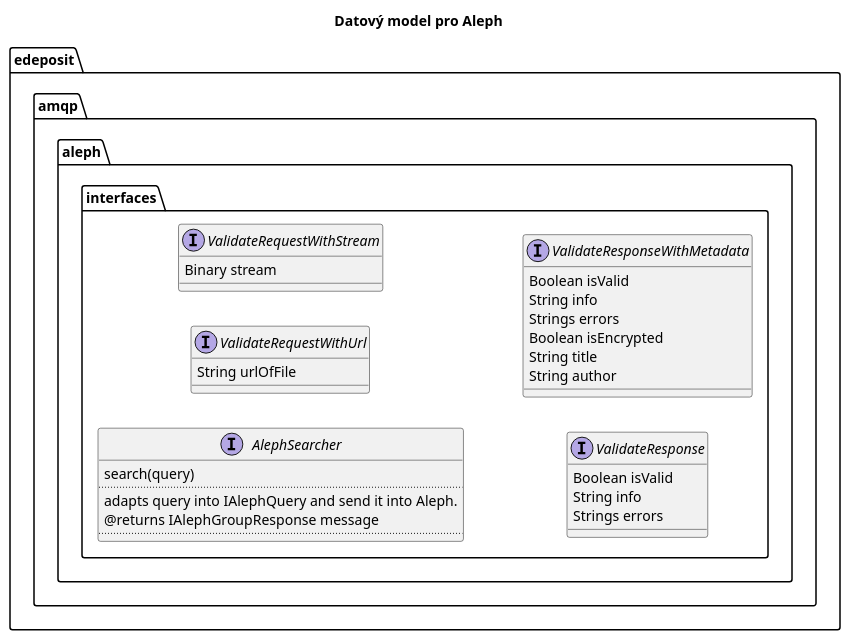
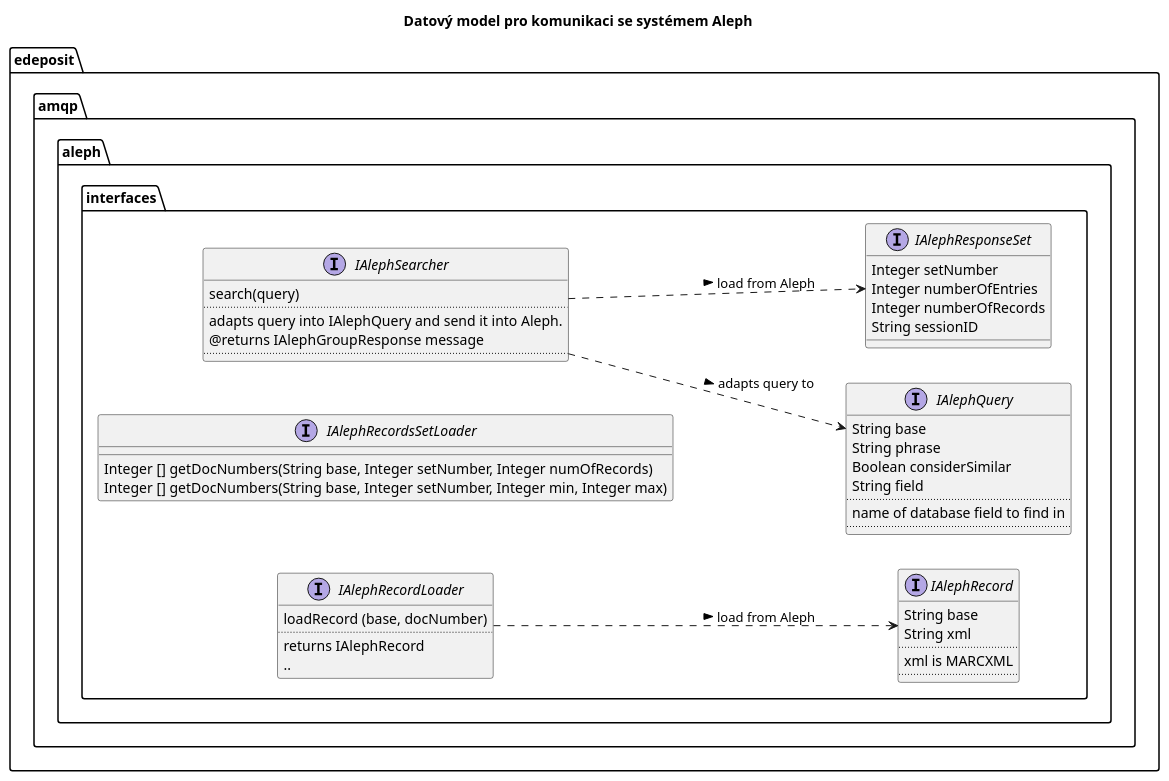
Before and after one commit to edeposit/edeposit: the diagram in docs/middleware/dm03.plantuml, drawn with PlantUML. The commit also changed 4 other files, not shown here.

Commit message:
added sequence for Aleph communication. resolve jstavel/edeposit.amqp.aleph#1

```diff
--- a/docs/middleware/dm03.plantuml
+++ b/docs/middleware/dm03.plantuml
@@ -1,38 +1,59 @@
 @startuml
 skinparam componentStyle uml2
 left to right direction
-title Datový model pro Aleph
+title Datový model pro komunikaci se systémem Aleph
 
 package edeposit.amqp.aleph.interfaces {
 
- interface AlephSearcher {
+ interface IAlephSearcher {
            search(query)
            ..
            adapts query into IAlephQuery and send it into Aleph.
            @returns IAlephGroupResponse message
            ..
  }
- interface ValidateRequestWithUrl {
-           String urlOfFile
+ 
+ interface IAlephQuery {
+           String base
+           String phrase
+           Boolean considerSimilar
+           String field
+           ..
+           name of database field to find in
+           ..
  }
 
- interface ValidateRequestWithStream {
-           Binary stream
+ interface IAlephResponseSet {
+           Integer setNumber
+           Integer numberOfEntries
+           Integer numberOfRecords
+           String sessionID 
  }
  
- interface ValidateResponse {
-           Boolean isValid
-           String info
-           Strings errors
+ interface IAlephRecordsSetLoader {
+           Integer [] getDocNumbers(String base, Integer setNumber, Integer numOfRecords)
+           Integer [] getDocNumbers(String base, Integer setNumber, Integer min, Integer max)
  }
- interface ValidateResponseWithMetadata {
-           Boolean isValid
-           String info
-           Strings errors
-           Boolean isEncrypted
-           String title
-           String author
+
+ interface IAlephRecord {
+           String base
+           String xml
+           ..
+           xml is MARCXML
+           ..
  }
+
+ interface IAlephRecordLoader {
+           loadRecord (base, docNumber)
+           ..
+           returns IAlephRecord
+           ..           
+ }
+
+ IAlephSearcher ..> IAlephQuery : adapts query to >
+ IAlephSearcher ..> IAlephResponseSet : load from Aleph >
+ IAlephRecordLoader ..> IAlephRecord : load from Aleph >
+
 }
 
 @enduml
```
